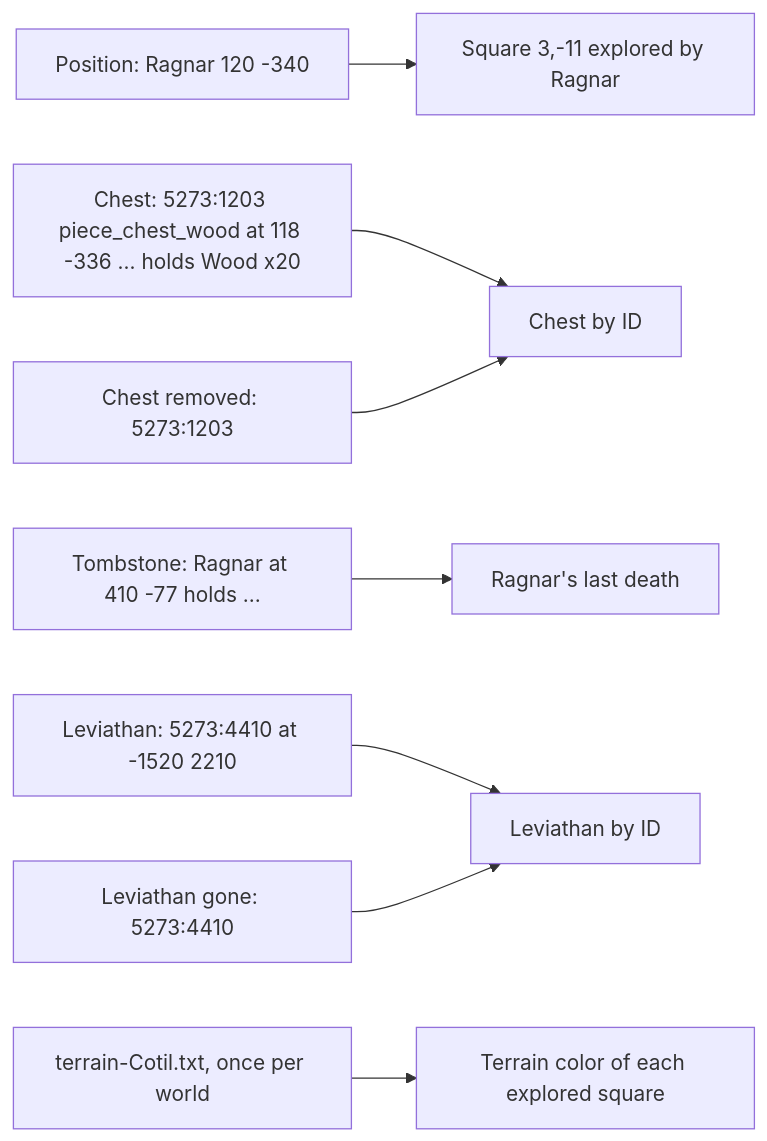
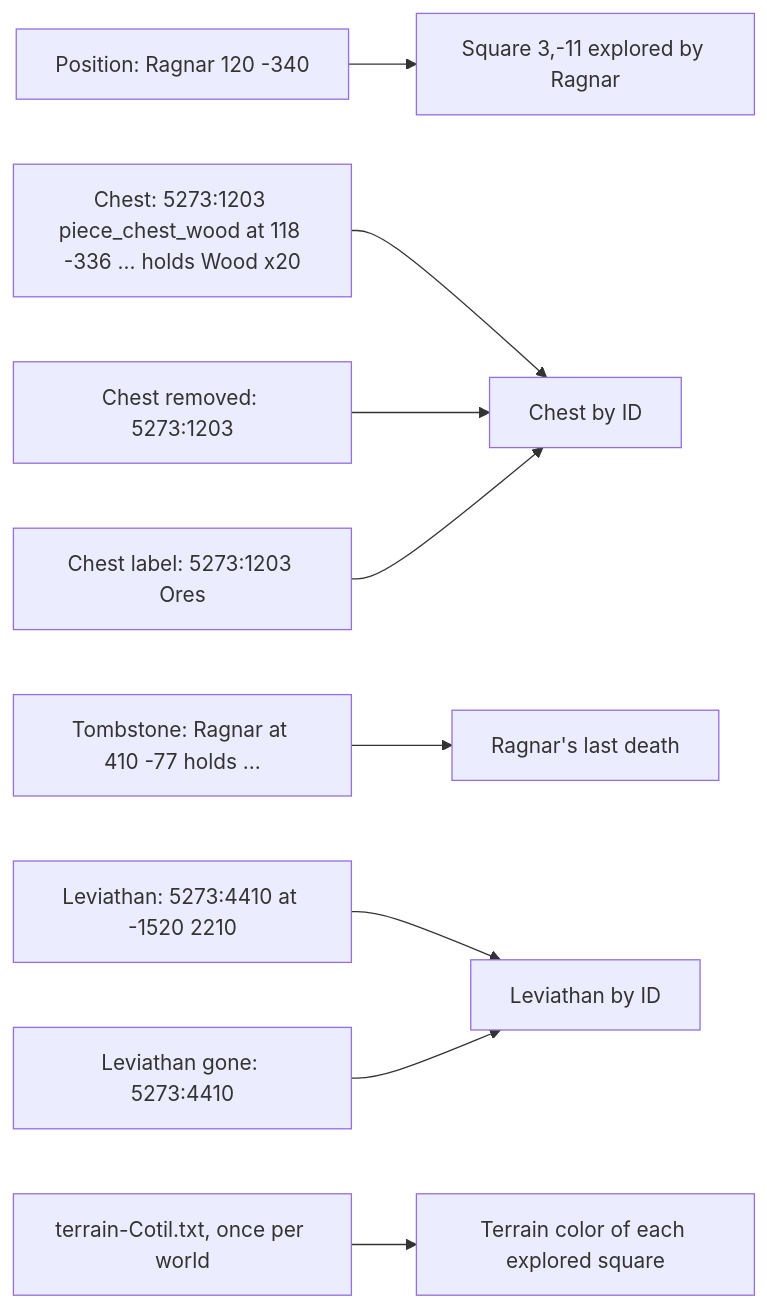
Diagram 17 of 21 in docs/architecture.md (cristiadu/valheim-dashboard), drawn with Mermaid before and after one commit. The commit also changed other lines of this file and 19 other files, not shown here.

````diff
--- a/docs/architecture.md
+++ b/docs/architecture.md
@@ -354,10 +354,11 @@
 ```mermaid
 flowchart LR
   pos["Position: Ragnar 120 -340"] --> square["Square 3,-11 explored by Ragnar"]
   chest["Chest: 5273:1203 piece_chest_wood at 118 -336 ... holds Wood x20"] --> chests[Chest by ID]
   removed["Chest removed: 5273:1203"] --> chests
+  label["Chest label: 5273:1203 Ores"] --> chests
   tomb["Tombstone: Ragnar at 410 -77 holds ..."] --> death[Ragnar's last death]
   levi["Leviathan: 5273:4410 at -1520 2210"] --> leviathans[Leviathan by ID]
   gone["Leviathan gone: 5273:4410"] --> leviathans
   terrain["terrain-Cotil.txt, once per world"] --> land[Terrain color of each explored square]
 ```
````
